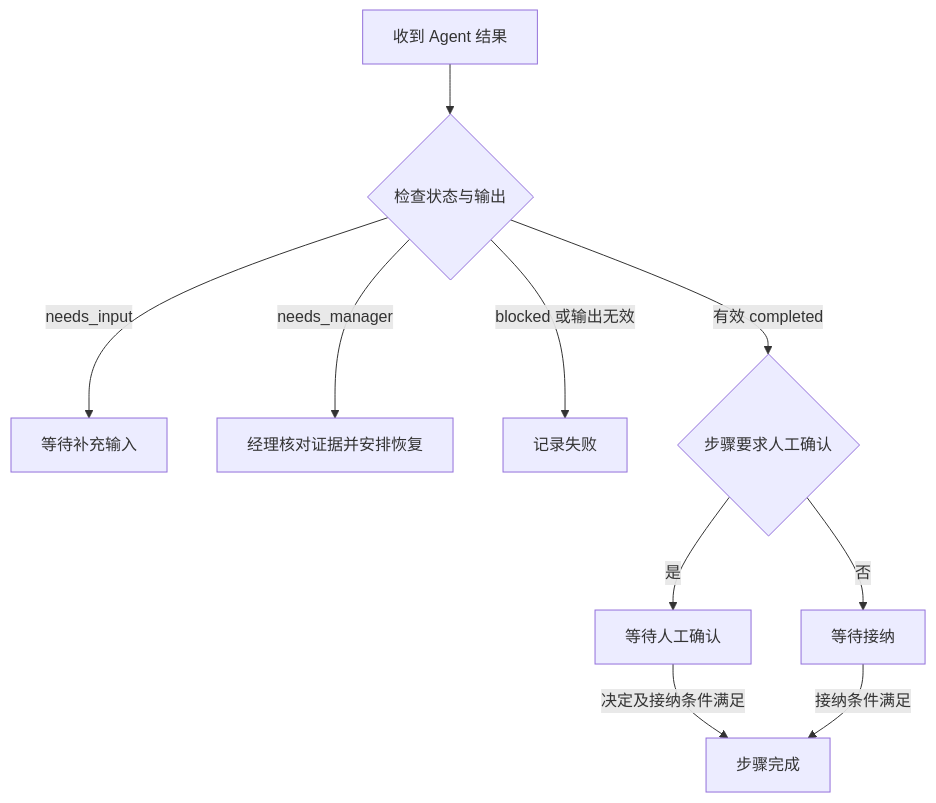
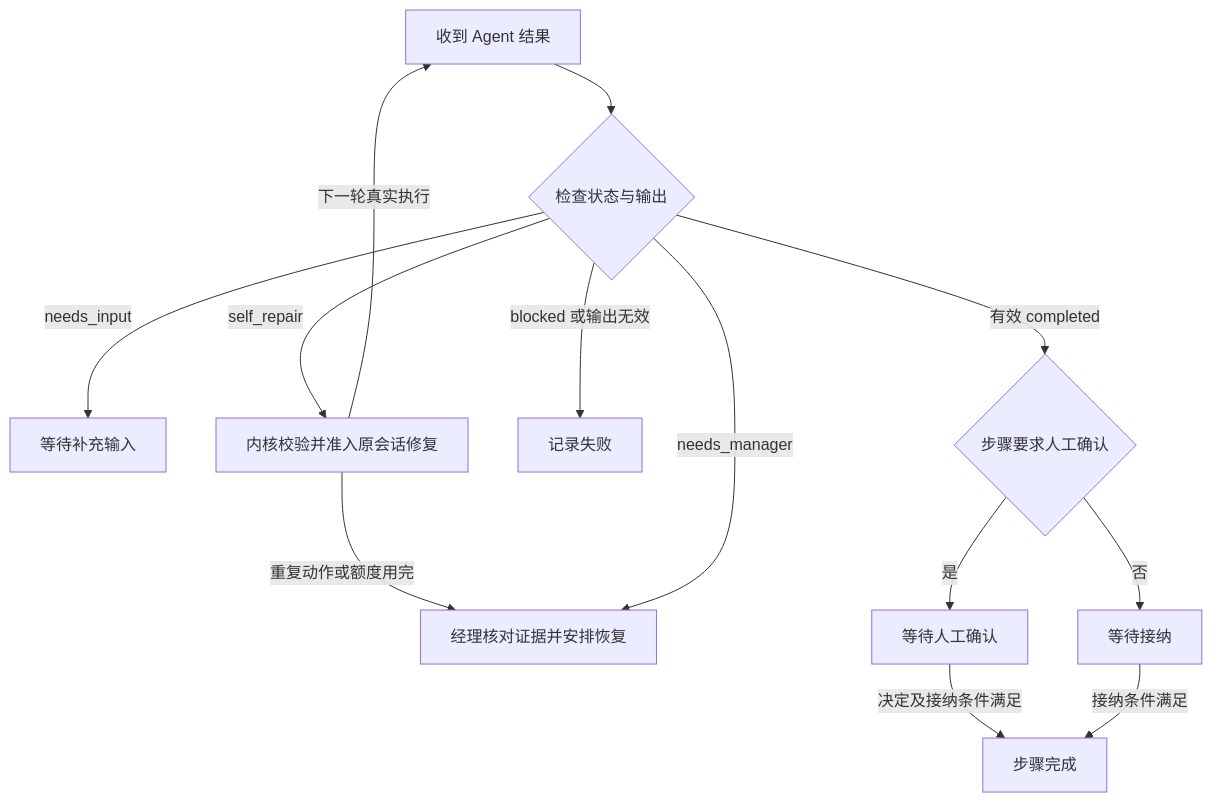
One commit to xfork24/devdesk changed the diagram in docs/design/workflow.md. Above: the diagram before and after it, drawn with Mermaid. The commit also changed other lines of this file and 31 other files, not shown here.

````diff
--- a/docs/design/workflow.md
+++ b/docs/design/workflow.md
@@ -42,12 +42,15 @@
 ```mermaid
 flowchart TD
     R[收到 Agent 结果] --> V{检查状态与输出}
     V -->|needs_input| I[等待补充输入]
+    V -->|self_repair| S[内核校验并准入原会话修复]
+    S -->|下一轮真实执行| R
+    S -->|重复动作或额度用完| M
     V -->|needs_manager| M[经理核对证据并安排恢复]
     V -->|blocked 或输出无效| F[记录失败]
     V -->|有效 completed| H{步骤要求人工确认}
     H -->|是| C[等待人工确认]
     H -->|否| A[等待接纳]
     C -->|决定及接纳条件满足| D[步骤完成]
     A -->|接纳条件满足| D
 ```
````
